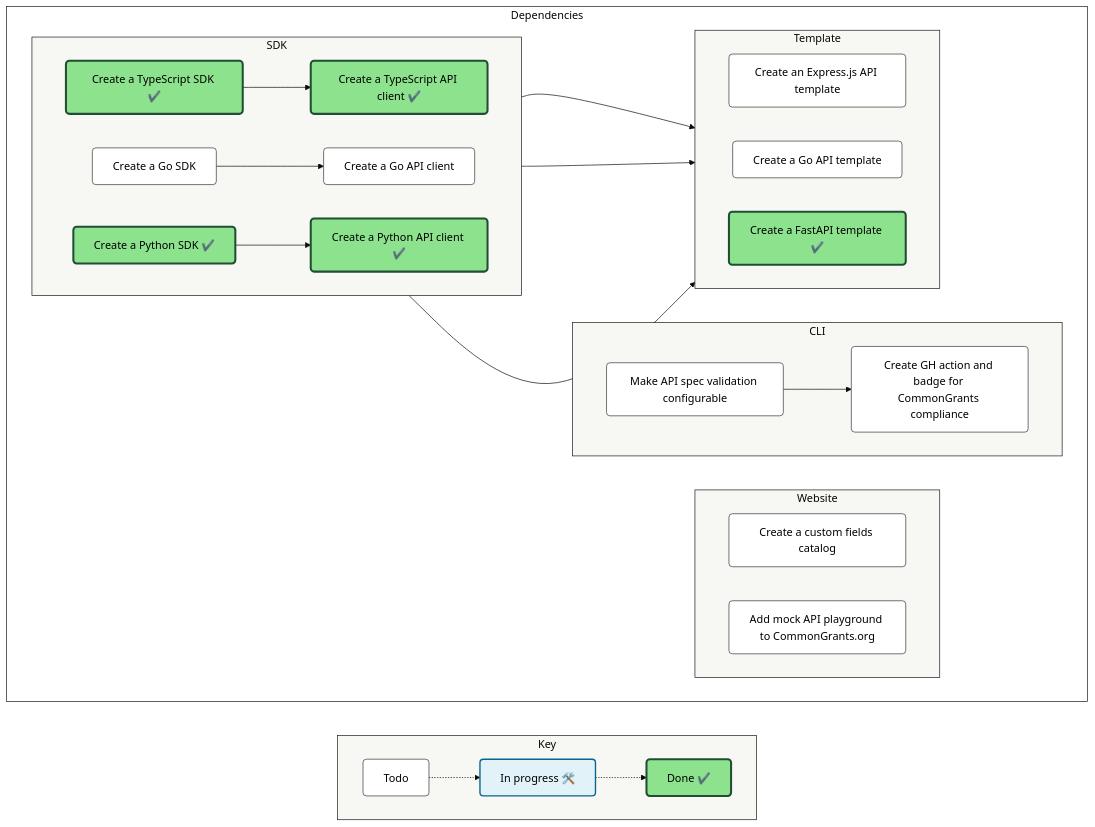
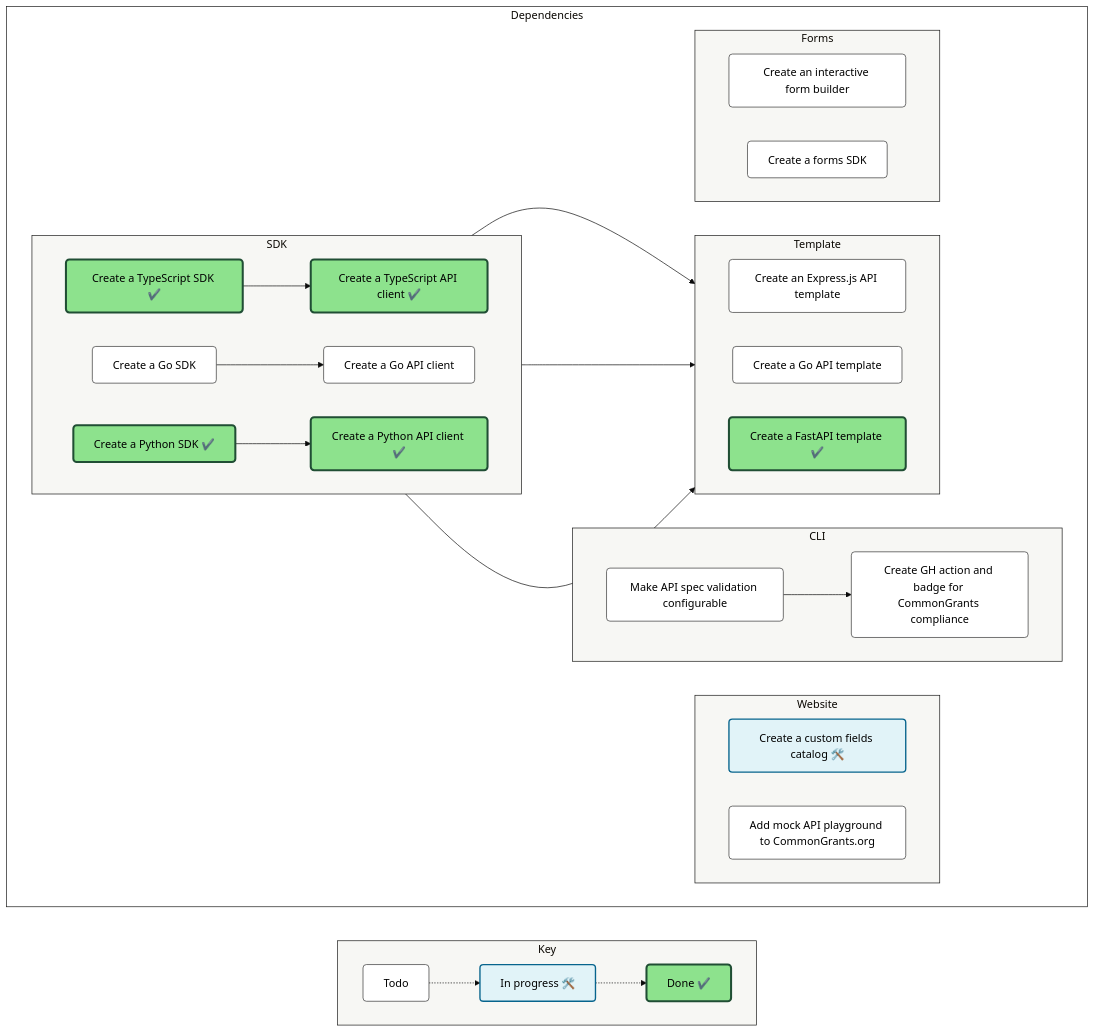
The diagram in README.md (HHS/simpler-grants-protocol), drawn with Mermaid (base theme) before and after one commit.

Commit message:
docs: Update README with dependency diagram

```diff
--- a/README.md
+++ b/README.md
@@ -57,6 +57,7 @@
   style website fill:#F7F7F4,stroke:#171716
   style cli fill:#F7F7F4,stroke:#171716
   style template fill:#F7F7F4,stroke:#171716
+  style forms fill:#F7F7F4,stroke:#171716
 
   %% ─────────────────────────────
   %% Legend
@@ -90,7 +91,7 @@
 
     subgraph website["Website"]
     direction LR
-        HHS/simpler-grants-protocol#330["Create a custom fields catalog"]
+        HHS/simpler-grants-protocol#330["Create a custom fields catalog 🛠️"]:::InProgress
         HHS/simpler-grants-protocol#334["Add mock API playground to CommonGrants.org"]
     end
 
@@ -110,6 +111,13 @@
     end
 
 
+    subgraph forms["Forms"]
+    direction LR
+        HHS/simpler-grants-protocol#604["Create an interactive form builder"]
+        HHS/simpler-grants-protocol#605["Create a forms SDK"]
+    end
+
+
     %% ─────────────────────────────
     %% Relationships
     %% ─────────────────────────────
```
